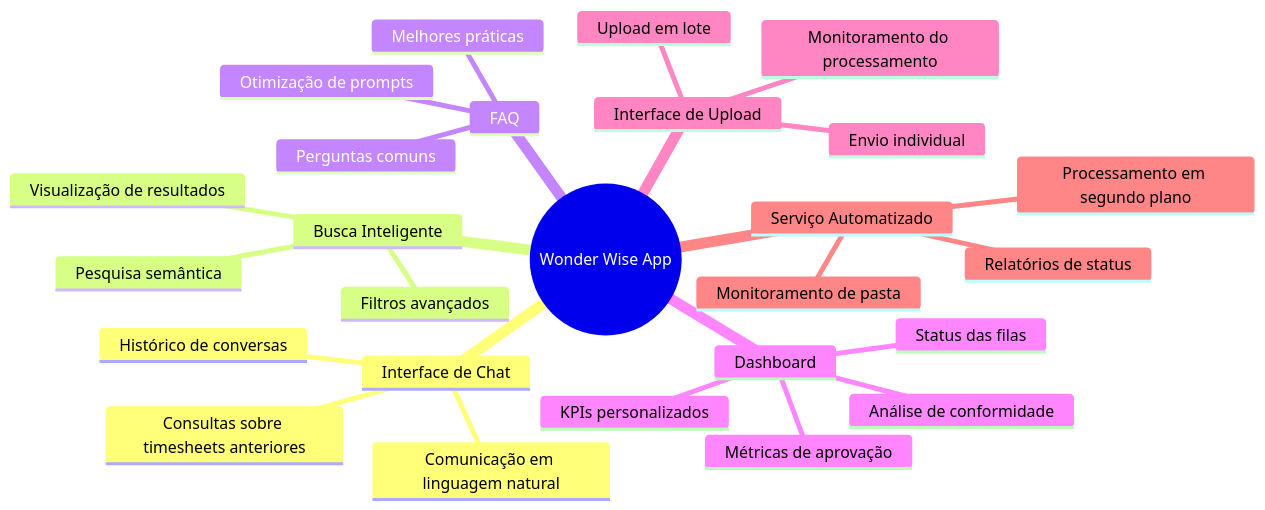
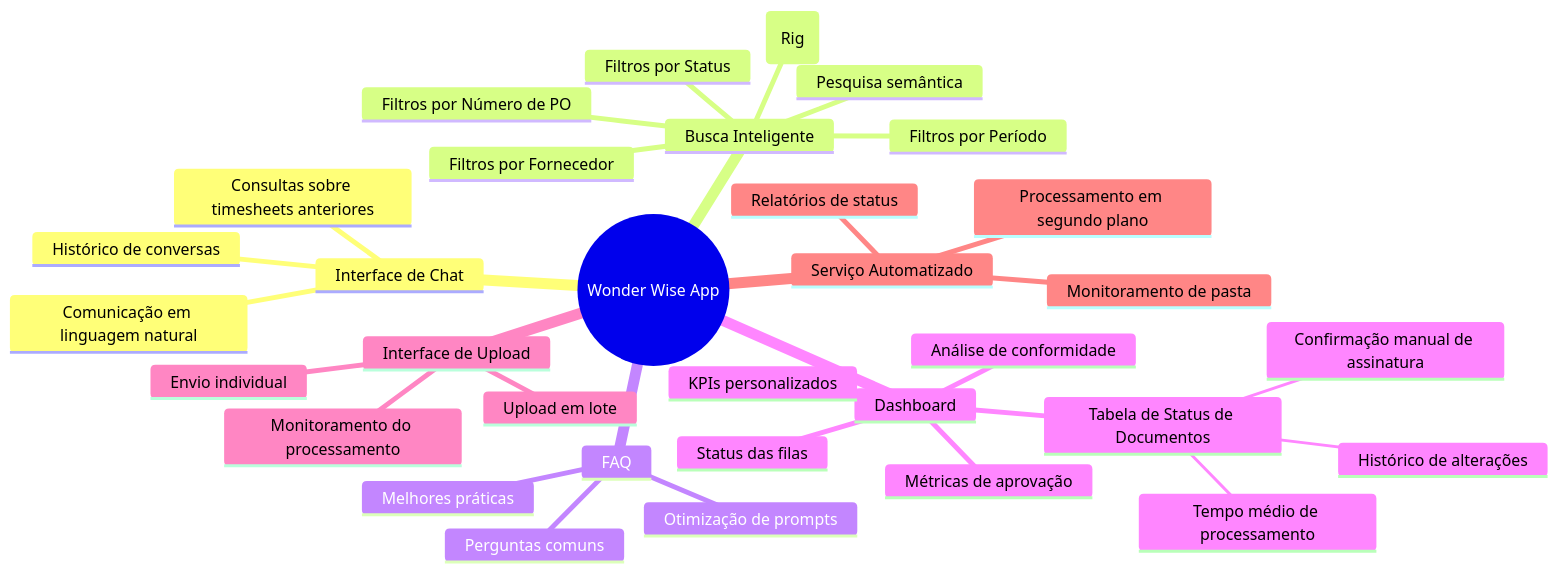
The second of 3 diagrams in TImesheetAudit.md (wonder-dmercadal/PublicReports), drawn with Mermaid before and after one commit. The commit also changed other lines of this file, not shown here.

````diff
--- a/TImesheetAudit.md
+++ b/TImesheetAudit.md
@@ -50,29 +61,36 @@
 ```mermaid
 mindmap
   root((Wonder Wise App))
     Interface de Chat
       Consultas sobre timesheets anteriores
       Comunicação em linguagem natural
       Histórico de conversas
     Busca Inteligente
-      Filtros avançados
+      Filtros por Fornecedor
+      Filtros por Sonda (Rig)
+      Filtros por Número de PO
+      Filtros por Status
       Pesquisa semântica
-      Visualização de resultados
+      Filtros por Período
     FAQ
       Perguntas comuns
       Otimização de prompts
       Melhores práticas
     Dashboard
       Análise de conformidade
       Métricas de aprovação
       Status das filas
       KPIs personalizados
+      Tabela de Status de Documentos
+        Confirmação manual de assinatura
+        Histórico de alterações
+        Tempo médio de processamento
     Interface de Upload
       Envio individual
       Upload em lote
       Monitoramento do processamento
     Serviço Automatizado
       Monitoramento de pasta
       Processamento em segundo plano
       Relatórios de status
 ```
````
